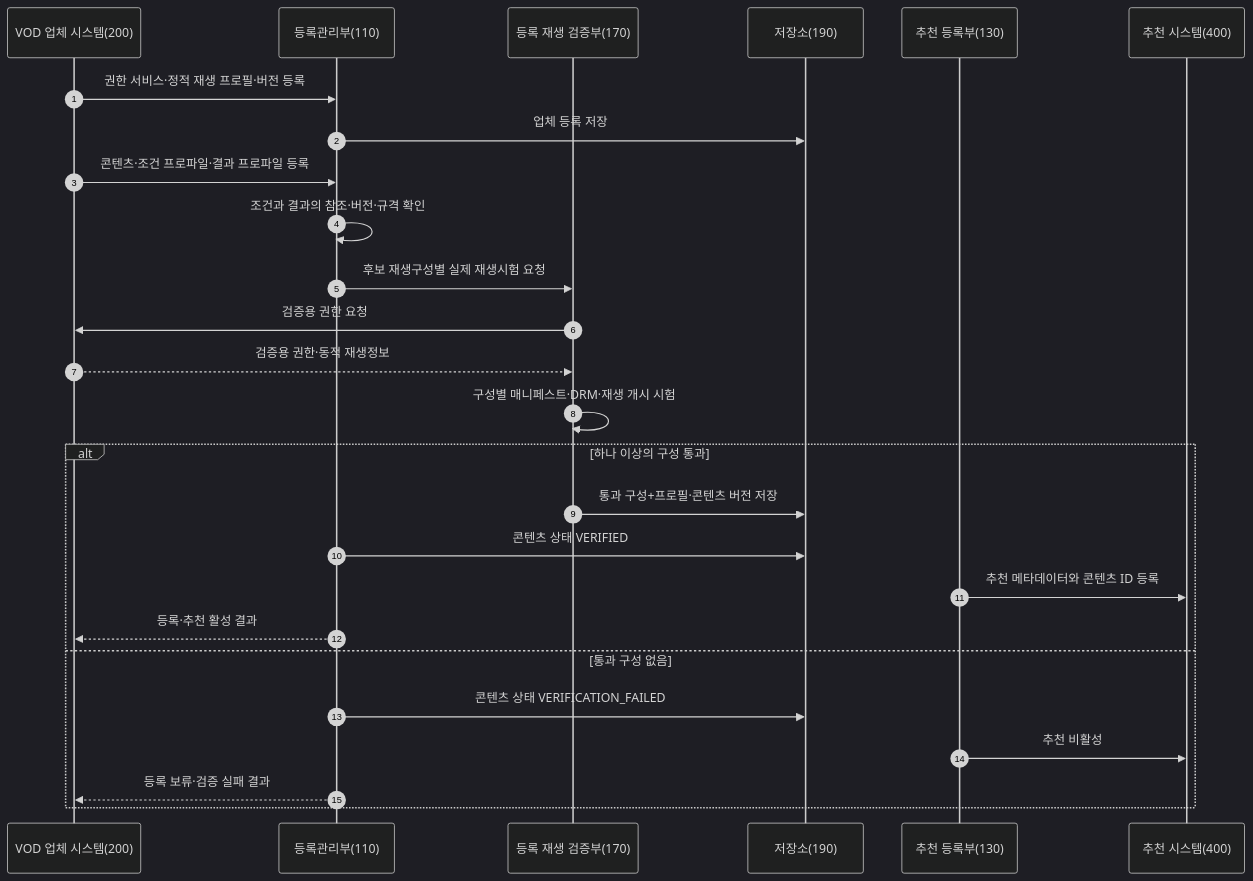
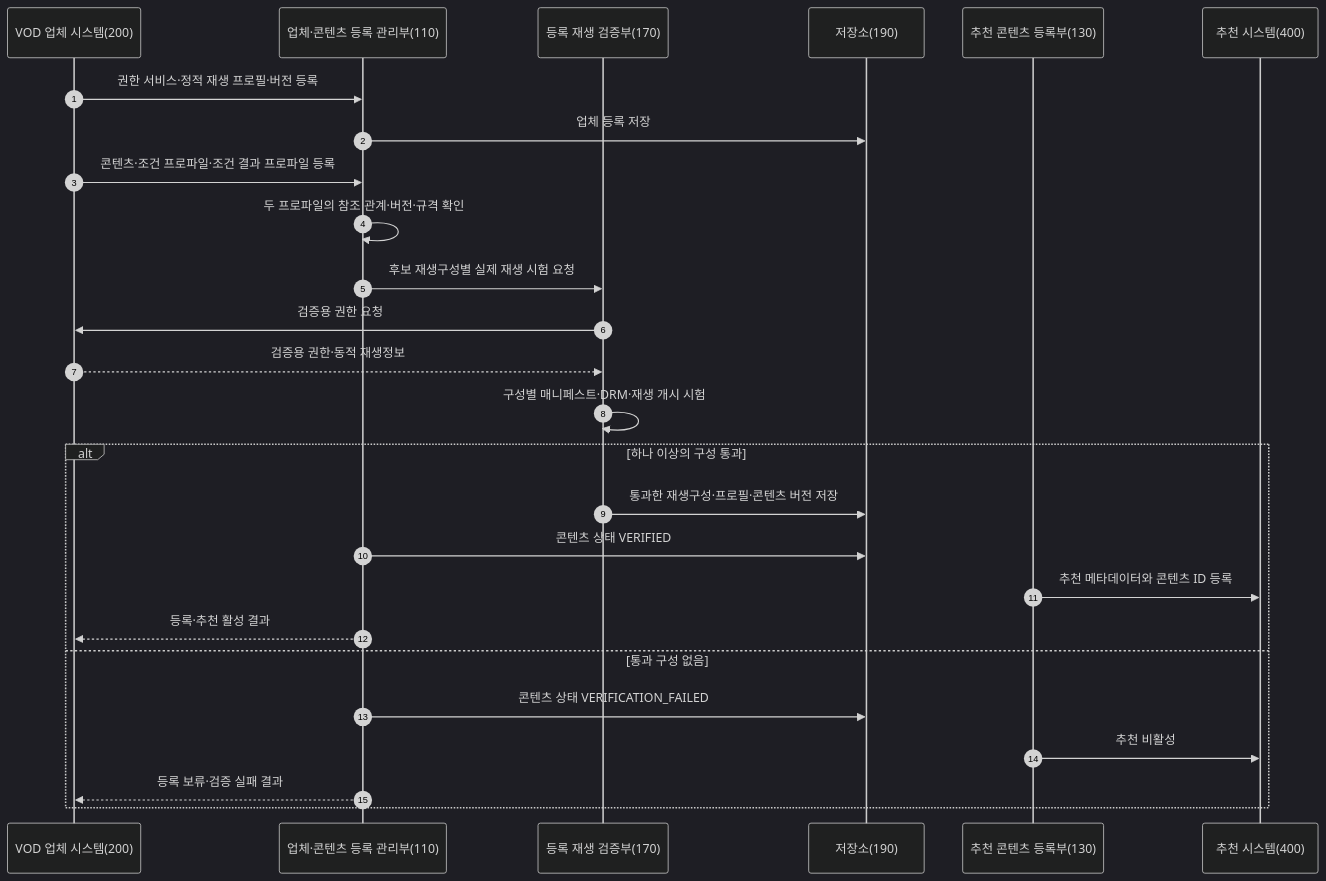
Before and after one commit to growdai1y/instant-play: the fifth of 14 diagrams in instant_play_직무발명서_개선본.md, drawn with Mermaid (dark theme). The commit also changed other lines of this file and 10 other files, not shown here.

````diff
--- a/instant_play_직무발명서_개선본.md
+++ b/instant_play_직무발명서_개선본.md
@@ -933,29 +935,29 @@
 ```mermaid
 sequenceDiagram
     autonumber
     participant V as VOD 업체 시스템(200)
-    participant M as 등록관리부(110)
+    participant M as 업체·콘텐츠 등록 관리부(110)
     participant X as 등록 재생 검증부(170)
     participant S as 저장소(190)
-    participant R as 추천 등록부(130)
+    participant R as 추천 콘텐츠 등록부(130)
     participant C as 추천 시스템(400)
 
     V->>M: 권한 서비스·정적 재생 프로필·버전 등록
     M->>S: 업체 등록 저장
-    V->>M: 콘텐츠·조건 프로파일·결과 프로파일 등록
-    M->>M: 조건과 결과의 참조·버전·규격 확인
-    M->>X: 후보 재생구성별 실제 재생시험 요청
+    V->>M: 콘텐츠·조건 프로파일·조건 결과 프로파일 등록
+    M->>M: 두 프로파일의 참조 관계·버전·규격 확인
+    M->>X: 후보 재생구성별 실제 재생 시험 요청
     X->>V: 검증용 권한 요청
     V-->>X: 검증용 권한·동적 재생정보
     X->>X: 구성별 매니페스트·DRM·재생 개시 시험
     alt 하나 이상의 구성 통과
-        X->>S: 통과 구성+프로필·콘텐츠 버전 저장
+        X->>S: 통과한 재생구성·프로필·콘텐츠 버전 저장
         M->>S: 콘텐츠 상태 VERIFIED
         R->>C: 추천 메타데이터와 콘텐츠 ID 등록
         M-->>V: 등록·추천 활성 결과
     else 통과 구성 없음
         M->>S: 콘텐츠 상태 VERIFICATION_FAILED
         R->>C: 추천 비활성
         M-->>V: 등록 보류·검증 실패 결과
     end
 ```
````
